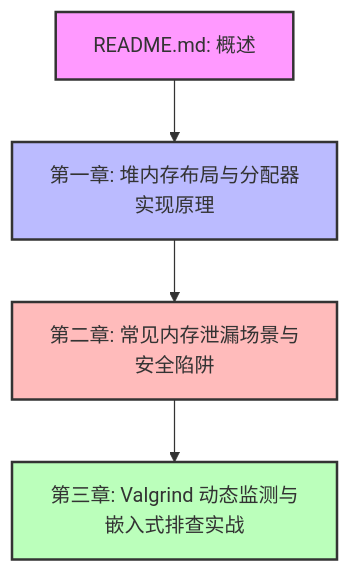
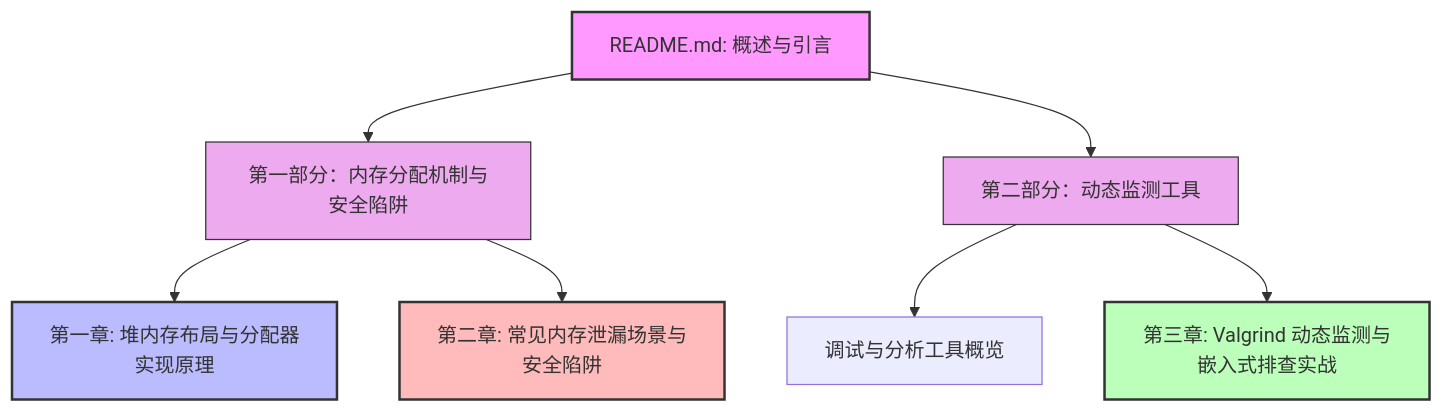
Before and after one commit to hengvvang/blog: the diagram in posts/c/memory/memory_leaks/src/README.md, drawn with Mermaid. The commit also changed other lines of this file and 267 other files, not shown here.

````diff
--- a/posts/c/memory/memory_leaks/src/README.md
+++ b/posts/c/memory/memory_leaks/src/README.md
@@ -35,11 +35,18 @@
 ```mermaid
 graph TD
-    A[README.md: 概述] --> B[第一章: 堆内存布局与分配器实现原理]
-    B --> C[第二章: 常见内存泄漏场景与安全陷阱]
-    C --> D[第三章: Valgrind 动态监测与嵌入式排查实战]
+    A["README.md: 概述与引言"] --> Part1["第一部分：内存分配机制与安全陷阱"]
+    A --> Part2["第二部分：动态监测工具"]
     
+    Part1 --> B["第一章: 堆内存布局与分配器实现原理"]
+    Part1 --> C["第二章: 常见内存泄漏场景与安全陷阱"]
+    
+    Part2 --> D["调试与分析工具概览"]
+    Part2 --> E["第三章: Valgrind 动态监测与嵌入式排查实战"]
+
     style A fill:#f9f,stroke:#333,stroke-width:2px
+    style Part1 fill:#eae,stroke:#333,stroke-width:1px
+    style Part2 fill:#eae,stroke:#333,stroke-width:1px
     style B fill:#bbf,stroke:#333,stroke-width:2px
     style C fill:#fbb,stroke:#333,stroke-width:2px
-    style D fill:#bfb,stroke:#333,stroke-width:2px
+    style E fill:#bfb,stroke:#333,stroke-width:2px
 ```
````
